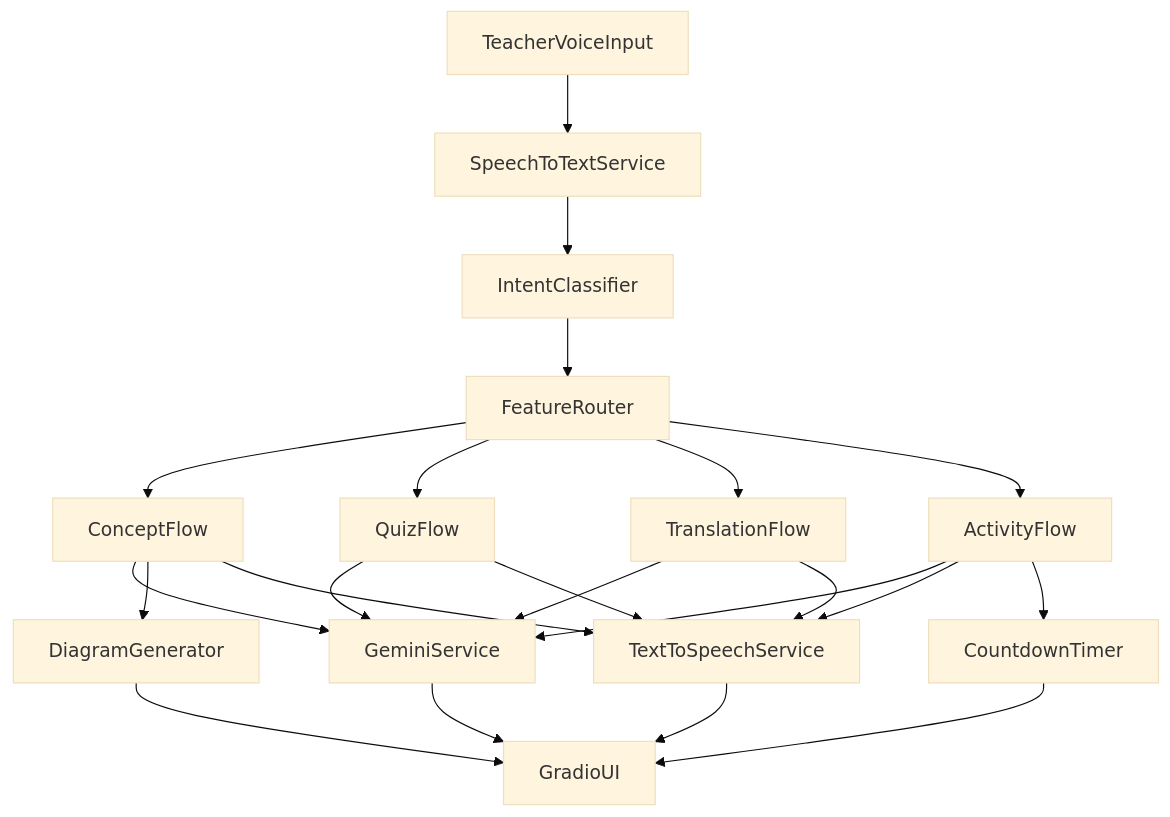
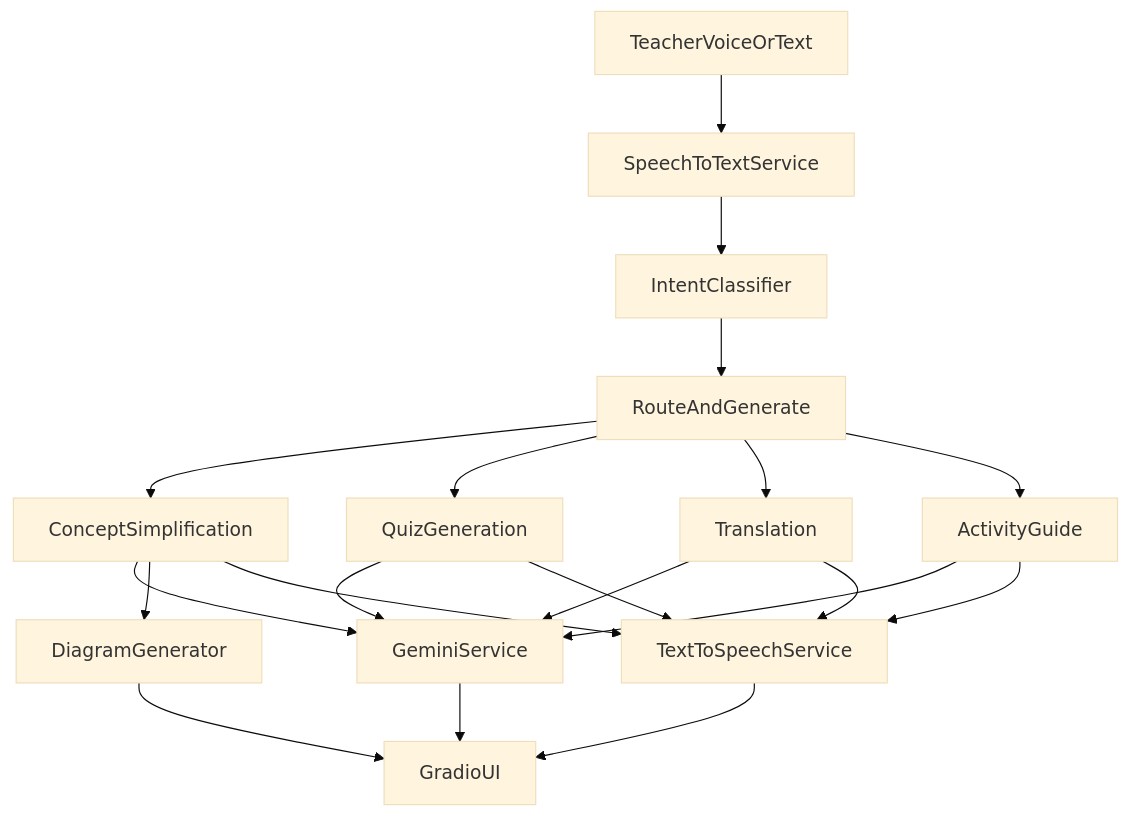
Before and after one commit to yasirimran4/classroom-copilot: the diagram in README.md, drawn with Mermaid (base theme). The commit also changed other lines of this file, not shown here.

````diff
--- a/README.md
+++ b/README.md
@@ -15,24 +80,22 @@
 ```mermaid
 flowchart TD
-    teacherVoice[TeacherVoiceInput] --> stt[SpeechToTextService]
+    teacherInput[TeacherVoiceOrText] --> stt[SpeechToTextService]
     stt --> intent[IntentClassifier]
-    intent --> router[FeatureRouter]
-    router --> concept[ConceptFlow]
-    router --> quiz[QuizFlow]
-    router --> translation[TranslationFlow]
-    router --> activity[ActivityFlow]
+    intent --> router[RouteAndGenerate]
+    router --> concept[ConceptSimplification]
+    router --> quiz[QuizGeneration]
+    router --> translation[Translation]
+    router --> activity[ActivityGuide]
     concept --> gemini[GeminiService]
     quiz --> gemini
     translation --> gemini
     activity --> gemini
     concept --> diagram[DiagramGenerator]
     concept --> tts[TextToSpeechService]
     quiz --> tts
     translation --> tts
     activity --> tts
-    activity --> timer[CountdownTimer]
-    gemini --> gradio[GradioUI]
-    diagram --> gradio
-    tts --> gradio
-    timer --> gradio
+    gemini --> ui[GradioUI]
+    diagram --> ui
+    tts --> ui
 ```
````
